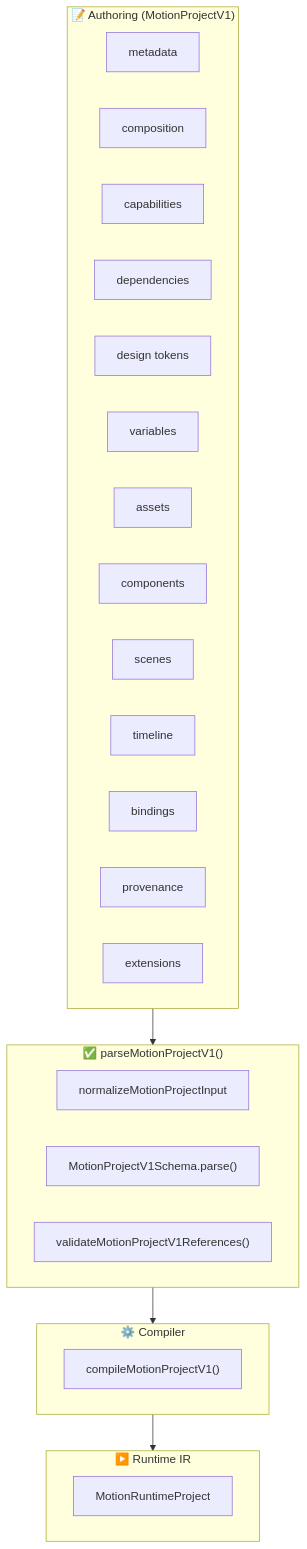
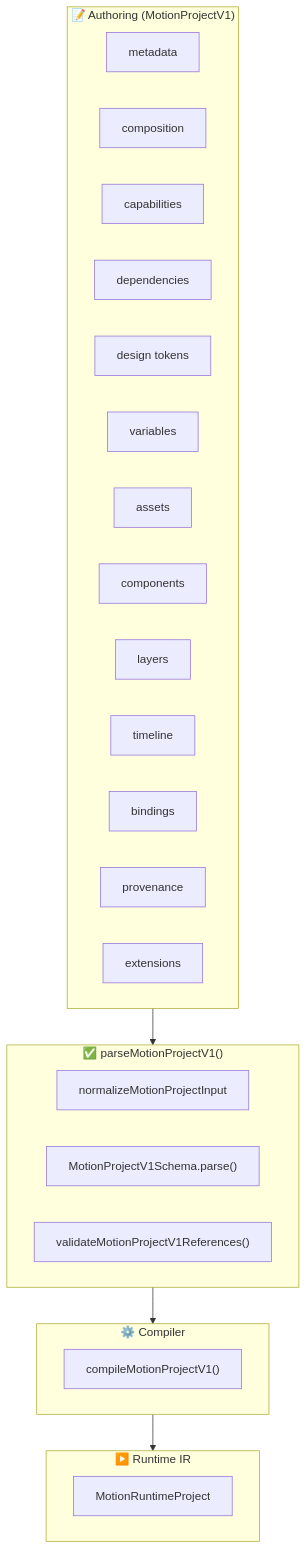
One commit to mankhb2k/neonix-native changed the first of 2 diagrams in docs/guide/v1-format-guide.md. Above: the diagram before and after it, drawn with Mermaid. The commit also changed other lines of this file and 79 other files, not shown here.

````diff
--- a/docs/guide/v1-format-guide.md
+++ b/docs/guide/v1-format-guide.md
@@ -15,34 +15,34 @@
 ```mermaid
 flowchart TB
     subgraph Authoring["📝 Authoring (MotionProjectV1)"]
         meta["metadata"]
         comp["composition"]
         caps["capabilities"]
         deps["dependencies"]
         tokens["design tokens"]
         vars["variables"]
         assets["assets"]
         components["components"]
-        scenes["scenes"]
+        layers["layers"]
         timeline["timeline"]
         bindings["bindings"]
         prov["provenance"]
         ext["extensions"]
     end
 
     subgraph Parse["✅ parseMotionProjectV1()"]
         normalize["normalizeMotionProjectInput"]
         schema["MotionProjectV1Schema.parse()"]
         refs["validateMotionProjectV1References()"]
     end
 
     subgraph Compile["⚙️ Compiler"]
         ir["compileMotionProjectV1()"]
     end
 
     subgraph Runtime["▶️ Runtime IR"]
         rt["MotionRuntimeProject"]
     end
 
     Authoring --> Parse --> Compile --> Runtime
 ```
````
